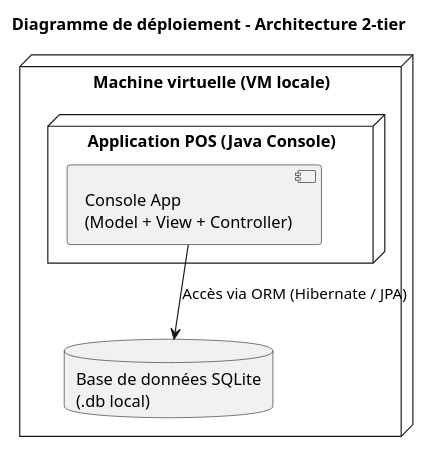
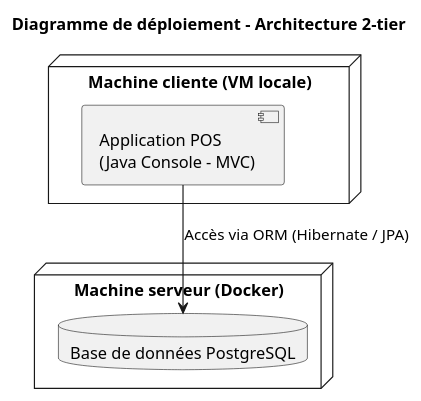
The diagram in docs/diagrams/dp.puml (SlitherinSnake/tp0-1-2-log430), drawn with PlantUML before and after one commit. The commit also changed 2 other files, not shown here.

Commit message:
Diagramme deploiement update

```diff
--- a/docs/diagrams/dp.puml
+++ b/docs/diagrams/dp.puml
@@ -1,15 +1,17 @@
 @startuml
 title Diagramme de déploiement – Architecture 2-tier
 
-node "Machine virtuelle (VM locale)" {
-  
-  node "Application POS (Java Console)" {
-    component "Console App\n(Model + View + Controller)"
-  }
-
-  database "Base de données SQLite\n(.db local)" as SQLite
+' === Noeud client (VM locale ou PC) ===
+node "Machine cliente (VM locale)" {
+  component "Application POS\n(Java Console - MVC)"
 }
 
-"Console App\n(Model + View + Controller)" --> SQLite : Accès via ORM (Hibernate / JPA)
+' === Noeud serveur BD (PostgreSQL) ===
+node "Machine serveur (Docker)" {
+  database "Base de données PostgreSQL"
+}
+
+' === Connexion ORM via Hibernate/JPA ===
+"Application POS\n(Java Console - MVC)" --> "Base de données PostgreSQL" : Accès via ORM (Hibernate / JPA)
 
 @enduml
```
